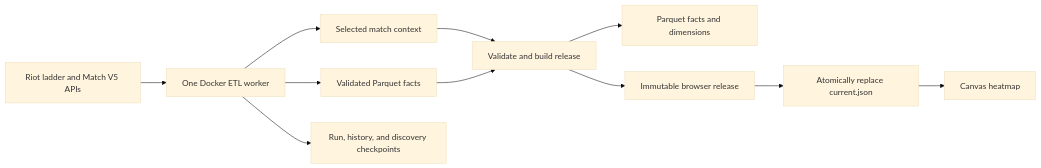
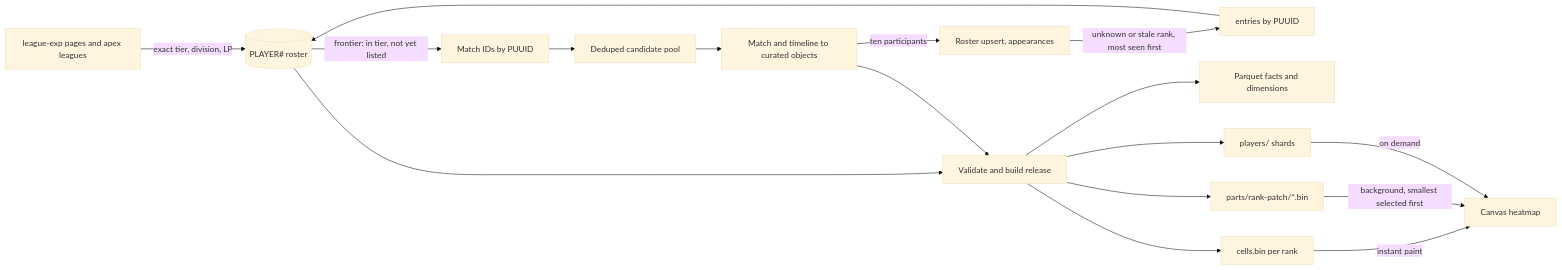
The diagram in README.md (Ayjrin/Heatmap), drawn with Mermaid (base theme) before and after one commit. The commit also changed other lines of this file and 26 other files, not shown here.

First line of the commit message:
Expand collection to Diamond with rank filtering and a partitioned release

````diff
--- a/README.md
+++ b/README.md
@@ -43,13 +80,19 @@
 ```mermaid
 flowchart LR
-  Riot[Riot ladder and Match V5 APIs] --> Worker[One Docker ETL worker]
-  Worker --> Context[Selected match context]
-  Worker --> Facts[Validated Parquet facts]
-  Worker --> State[Run, history, and discovery checkpoints]
-  Context --> Build[Validate and build release]
-  Facts --> Build
+  Ladder[league-exp pages and apex leagues] -->|exact tier, division, LP| Roster[(PLAYER# roster)]
+  Roster -->|frontier: in tier, not yet listed| List[Match IDs by PUUID]
+  List --> Pool[Deduped candidate pool]
+  Pool --> Ingest[Match and timeline to curated objects]
+  Ingest -->|ten participants| Harvest[Roster upsert, appearances]
+  Harvest -->|unknown or stale rank, most seen first| Lookup[entries by PUUID]
+  Lookup --> Roster
+  Roster --> Build[Validate and build release]
+  Ingest --> Build
   Build --> Warehouse[Parquet facts and dimensions]
-  Build --> Release[Immutable browser release]
-  Release --> Pointer[Atomically replace current.json]
-  Pointer --> Browser[Canvas heatmap]
+  Build --> Cells[cells.bin per rank]
+  Build --> Parts[parts/rank-patch/*.bin]
+  Build --> Players[players/ shards]
+  Cells -->|instant paint| Browser[Canvas heatmap]
+  Parts -->|background, smallest selected first| Browser
+  Players -->|on demand| Browser
 ```
````
